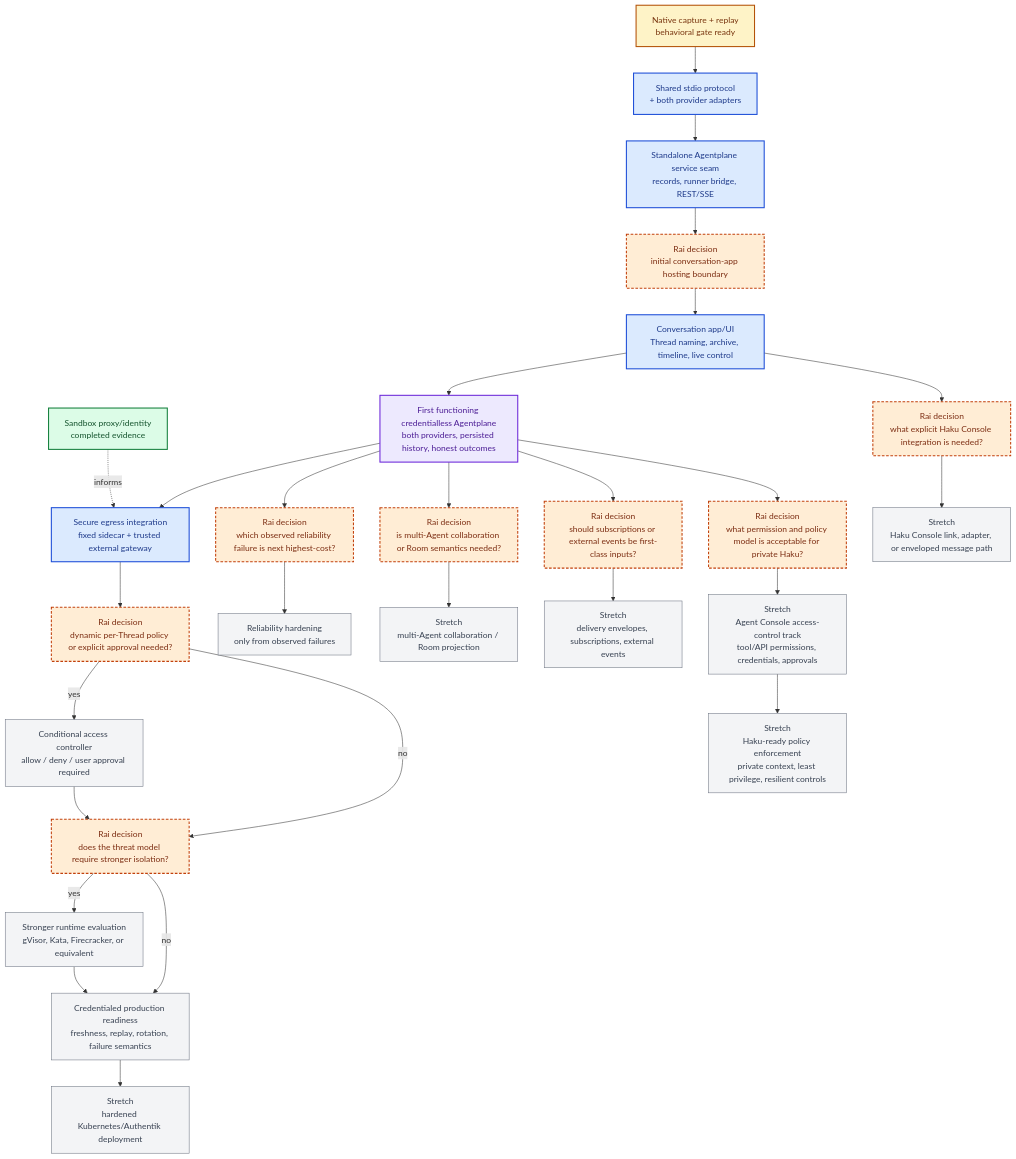
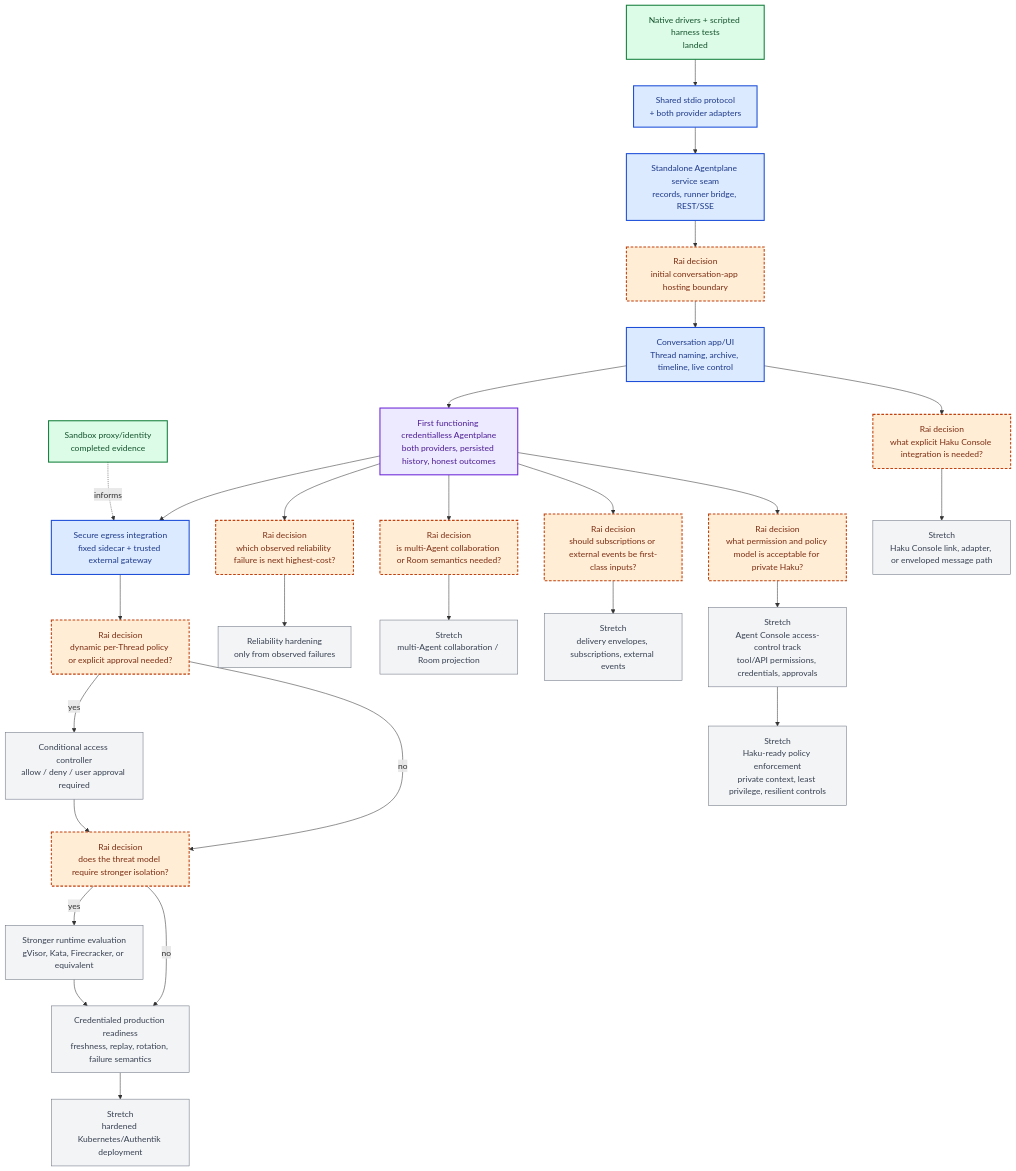
Before and after one commit to agentydragon-agent/ducktape: the diagram in x/agentplane/plans/task_dag.md, drawn with Mermaid. The commit also changed other lines of this file and 133 other files, not shown here.

First line of the commit message:
agentplane: scripted harness tests replace recorded upstream fixtures (#5398)

````diff
--- a/x/agentplane/plans/task_dag.md
+++ b/x/agentplane/plans/task_dag.md
@@ -31,52 +31,51 @@
 ```mermaid
 flowchart TB
     classDef completed fill:#dcfce7,stroke:#15803d,color:#14532d,stroke-width:2px
-    classDef captureComplete fill:#fef3c7,stroke:#b45309,color:#78350f,stroke-width:2px
     classDef next fill:#dbeafe,stroke:#1d4ed8,color:#1e3a8a,stroke-width:2px
     classDef milestone fill:#ede9fe,stroke:#6d28d9,color:#4c1d95,stroke-width:2px
     classDef decision fill:#ffedd5,stroke:#c2410c,color:#7c2d12,stroke-width:2px,stroke-dasharray:5 3
     classDef future fill:#f3f4f6,stroke:#6b7280,color:#374151
 
     S0["Sandbox proxy/identity<br/>completed evidence"]:::completed
-    A["Native capture + replay<br/>behavioral gate ready"]:::captureComplete
+    A["Native drivers + scripted harness tests<br/>landed"]:::completed
     B["Shared stdio protocol<br/>+ both provider adapters"]:::next
     C["Standalone Agentplane service seam<br/>records, runner bridge, REST/SSE"]:::next
     D["Rai decision<br/>initial conversation-app hosting boundary"]:::decision
     E["Conversation app/UI<br/>Thread naming, archive, timeline, live control"]:::next
     F["First functioning credentialless Agentplane<br/>both providers, persisted history, honest outcomes"]:::milestone
 
     J["Secure egress integration<br/>fixed sidecar + trusted external gateway"]:::next
     P["Rai decision<br/>dynamic per-Thread policy or explicit approval needed?"]:::decision
     K["Conditional access controller<br/>allow / deny / user approval required"]:::future
     R["Rai decision<br/>does the threat model require stronger isolation?"]:::decision
     L["Credentialed production readiness<br/>freshness, replay, rotation, failure semantics"]:::future
     V["Stronger runtime evaluation<br/>gVisor, Kata, Firecracker, or equivalent"]:::future
 
     Q["Rai decision<br/>which observed reliability failure is next highest-cost?"]:::decision
     M["Reliability hardening<br/>only from observed failures"]:::future
 
     H["Rai decision<br/>is multi-Agent collaboration or Room semantics needed?"]:::decision
     N["Stretch<br/>multi-Agent collaboration / Room projection"]:::future
     X["Rai decision<br/>should subscriptions or external events be first-class inputs?"]:::decision
     Y["Stretch<br/>delivery envelopes, subscriptions, external events"]:::future
     Z["Rai decision<br/>what explicit Haku Console integration is needed?"]:::decision
     U["Stretch<br/>Haku Console link, adapter, or enveloped message path"]:::future
     AA["Rai decision<br/>what permission and policy model is acceptable for private Haku?"]:::decision
     AB["Stretch<br/>Agent Console access-control track<br/>tool/API permissions, credentials, approvals"]:::future
     AC["Stretch<br/>Haku-ready policy enforcement<br/>private context, least privilege, resilient controls"]:::future
     W["Stretch<br/>hardened Kubernetes/Authentik deployment"]:::future
 
     A --> B --> C --> D --> E --> F
     F --> J --> P
     P -->|yes| K --> R
     P -->|no| R
     R -->|yes| V --> L
     R -->|no| L
     F --> Q --> M
     F --> H --> N
     F --> X --> Y
     E --> Z --> U
     F --> AA --> AB --> AC
     L --> W
     S0 -. informs .-> J
 ```
````
